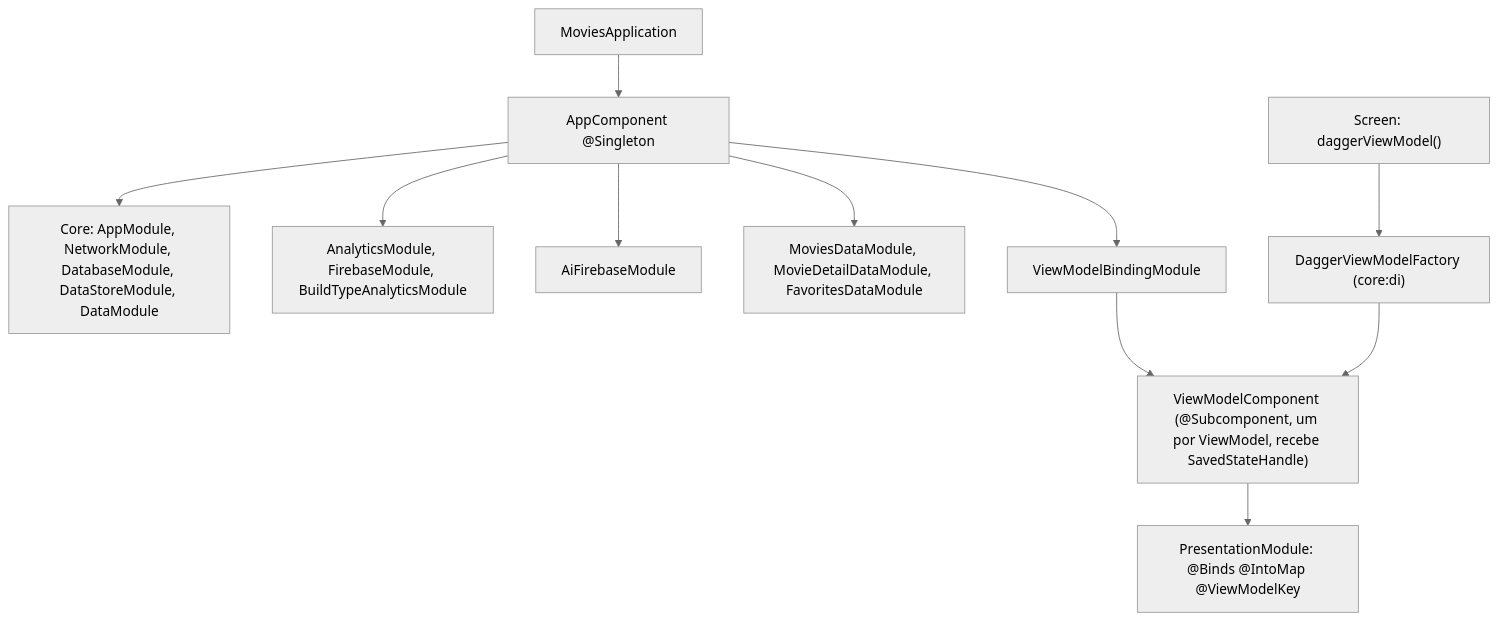
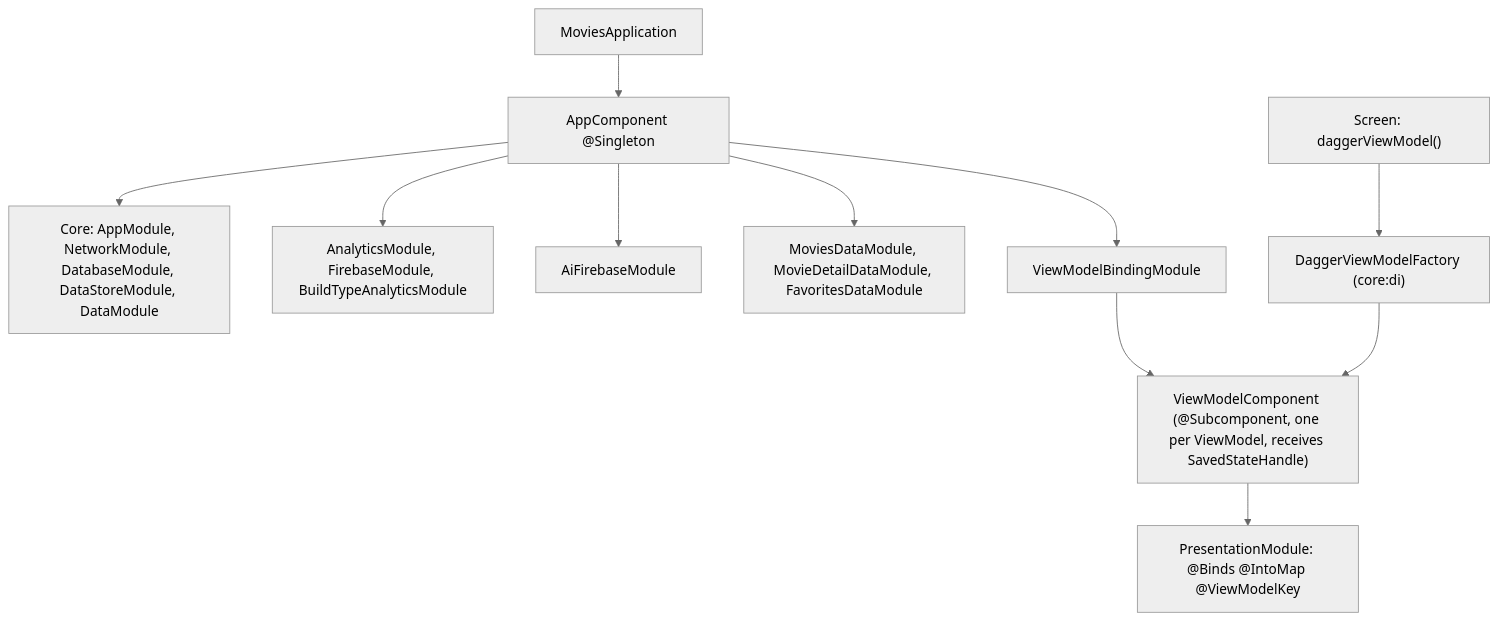
One commit to FilipeSilva18/my-favorite-film-android changed the third of 6 diagrams in docs/explanation/architecture.md. Above: the diagram before and after it, drawn with Mermaid (neutral theme). The commit also changed other lines of this file and 51 other files, not shown here.

````diff
--- a/docs/explanation/architecture.md
+++ b/docs/explanation/architecture.md
@@ -96,13 +96,13 @@
 ```mermaid
 flowchart TD
     App["MoviesApplication"] --> AC["AppComponent @Singleton"]
     AC --> CoreMods["Core: AppModule, NetworkModule, DatabaseModule, DataStoreModule, DataModule"]
     AC --> Track["AnalyticsModule, FirebaseModule, BuildTypeAnalyticsModule"]
     AC --> AiMod["AiFirebaseModule"]
     AC --> FeatData["MoviesDataModule, MovieDetailDataModule, FavoritesDataModule"]
     AC --> VMB["ViewModelBindingModule"]
-    VMB --> VMC["ViewModelComponent (@Subcomponent, um por ViewModel, recebe SavedStateHandle)"]
+    VMB --> VMC["ViewModelComponent (@Subcomponent, one per ViewModel, receives SavedStateHandle)"]
     VMC --> Pres["<Feature>PresentationModule: @Binds @IntoMap @ViewModelKey"]
     Screen["Screen: daggerViewModel()"] --> Factory["DaggerViewModelFactory (core:di)"]
     Factory --> VMC
 ```
````
